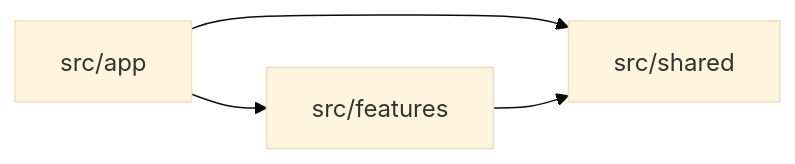
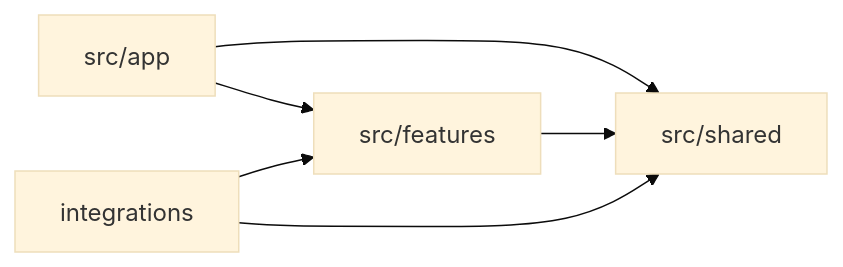
One commit to leekwansootv-creator/4refund changed the diagram in docs/engineering/architecture.md. Above: the diagram before and after it, drawn with Mermaid (base theme). The commit also changed other lines of this file and 6 other files, not shown here.

Commit message:
chore(architecture): Apps Script integration 경계 추가

````diff
--- a/docs/engineering/architecture.md
+++ b/docs/engineering/architecture.md
@@ -74,6 +90,8 @@
 ```mermaid
 flowchart LR
     app["src/app"] --> features["src/features"]
     app --> shared["src/shared"]
     features --> shared
+    integrations["integrations"] --> features
+    integrations --> shared
 ```
````
